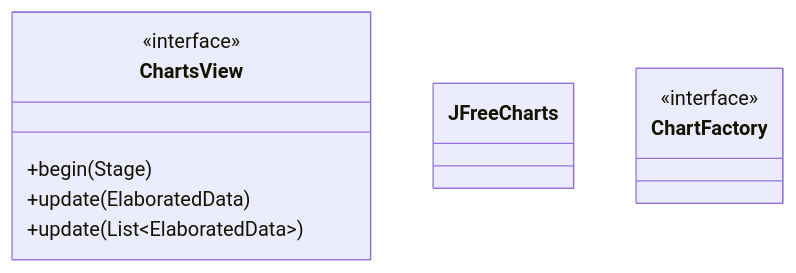
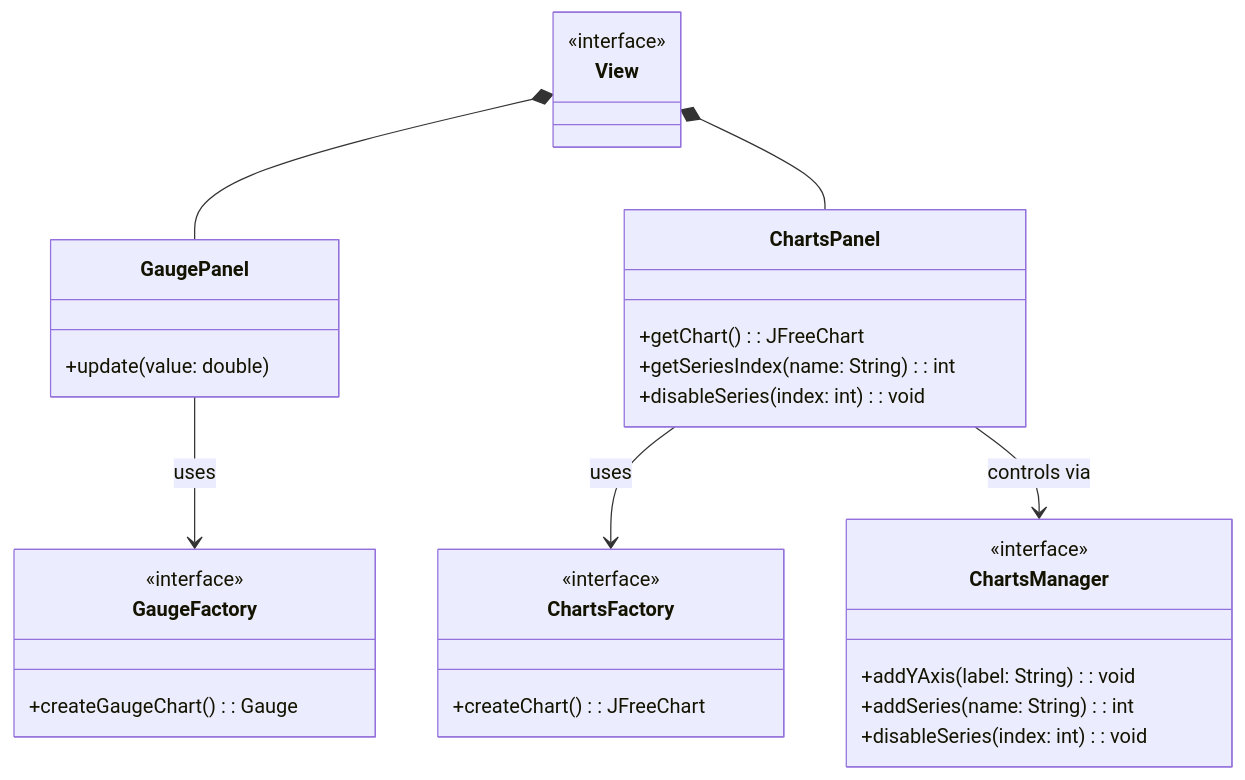
One commit to unibo-oop-projects/OOP24-Alessandro-CristoferNapolitano-SolarEgg-TodeschiMatteo-java-dyno changed the ninth of 10 diagrams in report.md. Above: the diagram before and after it, drawn with Mermaid.

Commit message:
Added UML for fourth section of 2.2.2 in report

````diff
--- a/report.md
+++ b/report.md
@@ -495,18 +495,38 @@
 ```mermaid
 classDiagram
-    class ChartsView {
-        <<interface>>
-        +begin(Stage)
-        +update(ElaboratedData)
-        +update(List~ElaboratedData~)
-    }
-    class JFreeCharts {
-    }
-    class ChartFactory {
+    class View {
         <<interface>>
     }
-    class ChartFactory {
-        <<interface>>
+    class GaugePanel {
+        +update(value: double)
     }
 
+    class GaugeFactory {
+        <<interface>>
+        +createGaugeChart(): Gauge
+    }
+    class ChartsPanel {
+        +getChart(): JFreeChart
+        +getSeriesIndex(name: String): int
+        +disableSeries(index: int): void
+    }
+
+    class ChartsFactory {
+        <<interface>>
+        +createChart(): JFreeChart
+    }
+
+    class ChartsManager {
+        <<interface>>
+        +addYAxis(label: String): void
+        +addSeries(name: String): int
+        +disableSeries(index: int): void
+    }
+
+    GaugePanel --> GaugeFactory : uses
+    ChartsPanel --> ChartsFactory : uses
+    ChartsPanel --> ChartsManager : controls via
+    View *-- GaugePanel
+    View *-- ChartsPanel
+
 ```
````
